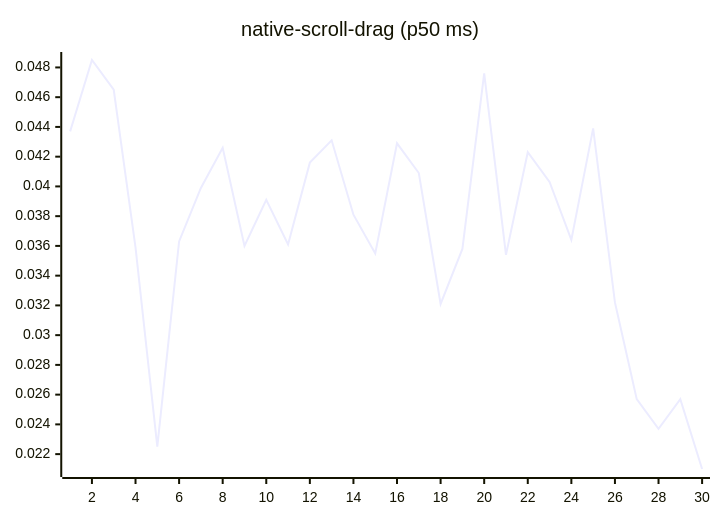
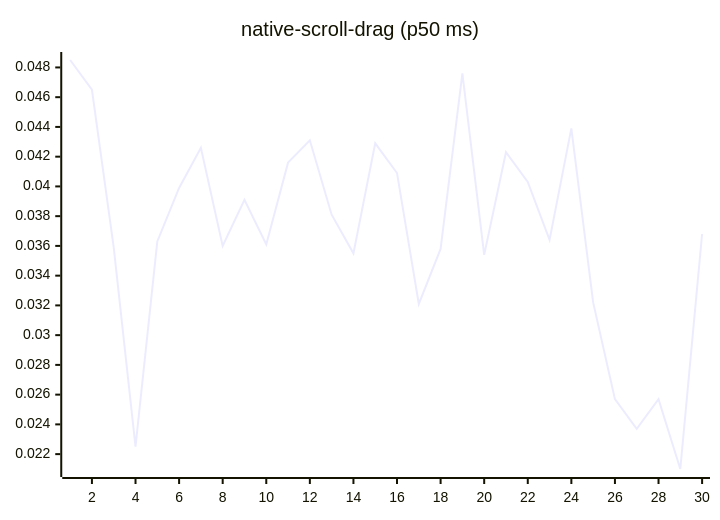
Before and after one commit to josha/Facet: diagram 14 of 27 in README.md, drawn with Mermaid. The commit also changed other lines of this file and 2 other files, not shown here.

````diff
--- a/README.md
+++ b/README.md
@@ -154,6 +154,6 @@
 ```mermaid
 xychart-beta
     title "native-scroll-drag (p50 ms)"
     x-axis 1 --> 30
-    line [0.0437, 0.0485, 0.0465, 0.0359, 0.0225, 0.0363, 0.0399, 0.0426, 0.0360, 0.0391, 0.0361, 0.0416, 0.0431, 0.0381, 0.0355, 0.0429, 0.0409, 0.0321, 0.0358, 0.0476, 0.0354, 0.0423, 0.0403, 0.0364, 0.0439, 0.0322, 0.0257, 0.0237, 0.0257, 0.0210]
+    line [0.0485, 0.0465, 0.0359, 0.0225, 0.0363, 0.0399, 0.0426, 0.0360, 0.0391, 0.0361, 0.0416, 0.0431, 0.0381, 0.0355, 0.0429, 0.0409, 0.0321, 0.0358, 0.0476, 0.0354, 0.0423, 0.0403, 0.0364, 0.0439, 0.0322, 0.0257, 0.0237, 0.0257, 0.0210, 0.0368]
 ```
````
